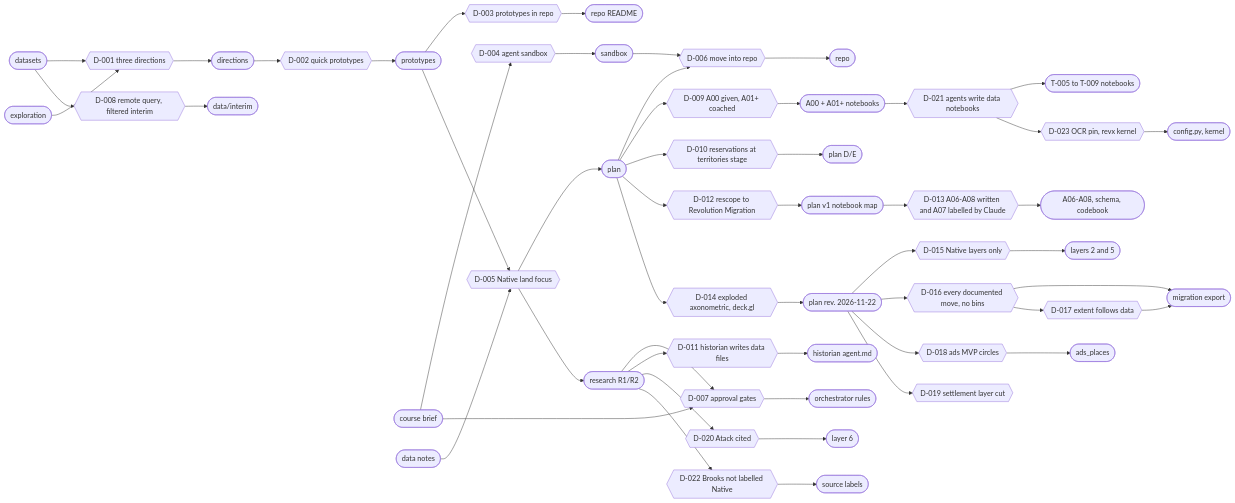
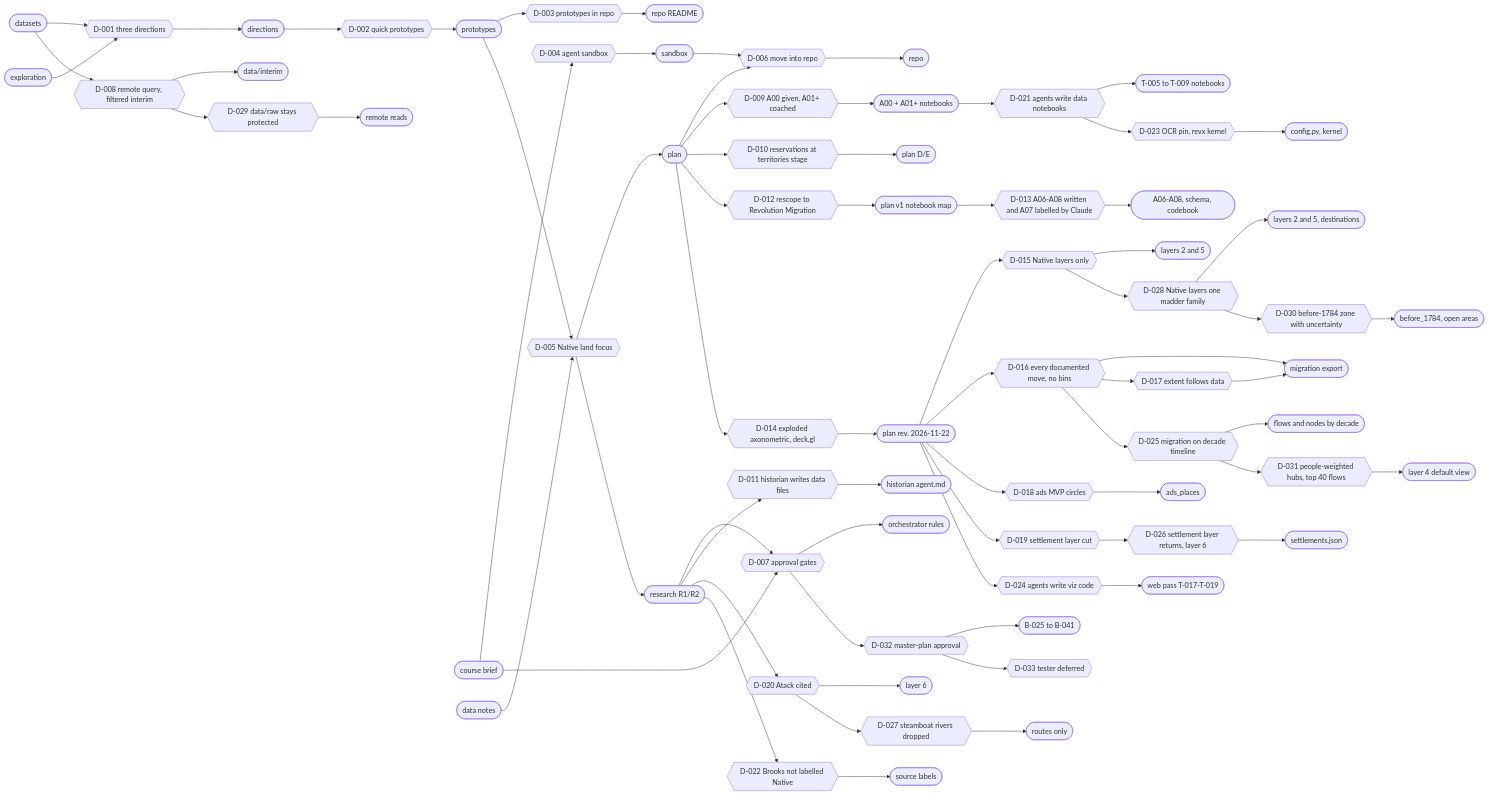
Before and after one commit to larawashington-PGDV5200/revolutionary-xroads: the diagram in diagram/decisions.mmd, drawn with Mermaid. The commit also changed 13 other files, not shown here.

```diff
--- a/diagram/decisions.mmd
+++ b/diagram/decisions.mmd
@@ -1,30 +1,40 @@
 flowchart LR
   datasets([datasets]) --> D001
   exploration([exploration]) --> D001
   D001{{D-001 three directions}} --> directions([directions])
   directions --> D002{{D-002 quick prototypes}} --> prototypes([prototypes])
   prototypes --> D003{{D-003 prototypes in repo}} --> readme([repo README])
   brief([course brief]) --> D004{{D-004 agent sandbox}} --> sandbox([sandbox])
   prototypes --> D005{{D-005 Native land focus}}
   datanotes([data notes]) --> D005
   D005 --> plan([plan]) & research([research R1/R2])
   sandbox --> D006{{D-006 move into repo}}
   plan --> D006 --> repo([repo])
   brief --> D007{{D-007 approval gates}}
   research --> D007 --> rules([orchestrator rules])
   datasets --> D008{{D-008 remote query, filtered interim}} --> interim([data/interim])
   plan --> D009{{D-009 A00 given, A01+ coached}} --> notebooks([A00 + A01+ notebooks])
   plan --> D010{{D-010 reservations at territories stage}} --> planDE([plan D/E])
   research --> D011{{D-011 historian writes data files}} --> historianmd([historian agent.md])
   plan --> D012{{D-012 rescope to Revolution Migration}} --> planv1([plan v1 notebook map])
   planv1 --> D013{{D-013 A06-A08 written and A07 labelled by Claude}} --> anb([A06-A08, schema, codebook])
   plan --> D014{{D-014 exploded axonometric, deck.gl}} --> planrev([plan rev. 2026-11-22])
   planrev --> D015{{D-015 Native layers only}} --> layers25([layers 2 and 5])
   planrev --> D016{{D-016 every documented move, no bins}} --> migration([migration export])
   D016 --> D017{{D-017 extent follows data}} --> migration
   planrev --> D018{{D-018 ads MVP circles}} --> adsmvp([ads_places])
   planrev --> D019{{D-019 settlement layer cut}}
   research --> D020{{D-020 Atack cited}} --> layer6([layer 6])
   notebooks --> D021{{D-021 agents write data notebooks}} --> datanbs([T-005 to T-009 notebooks])
   research --> D022{{D-022 Brooks not labelled Native}} --> labels([source labels])
   D021 --> D023{{D-023 OCR pin, revx kernel}} --> configk([config.py, kernel])
+  planrev --> D024{{D-024 agents write viz code}} --> webpass([web pass T-017-T-019])
+  D016 --> D025{{D-025 migration on decade timeline}} --> decadeexp([flows and nodes by decade])
+  D019 --> D026{{D-026 settlement layer returns, layer 6}} --> settlements([settlements.json])
+  D020 --> D027{{D-027 steamboat rivers dropped}} --> routes([routes only])
+  D015 --> D028{{D-028 Native layers one madder family}} --> nativefam([layers 2 and 5, destinations])
+  D008 --> D029{{D-029 data/raw stays protected}} --> remote([remote reads])
+  D028 --> D030{{D-030 before-1784 zone with uncertainty}} --> zone([before_1784, open areas])
+  D025 --> D031{{D-031 people-weighted hubs, top 40 flows}} --> l4([layer 4 default view])
+  D007 --> D032{{D-032 master-plan approval}} --> subbriefs([B-025 to B-041])
+  D032 --> D033{{D-033 tester deferred}}
```
